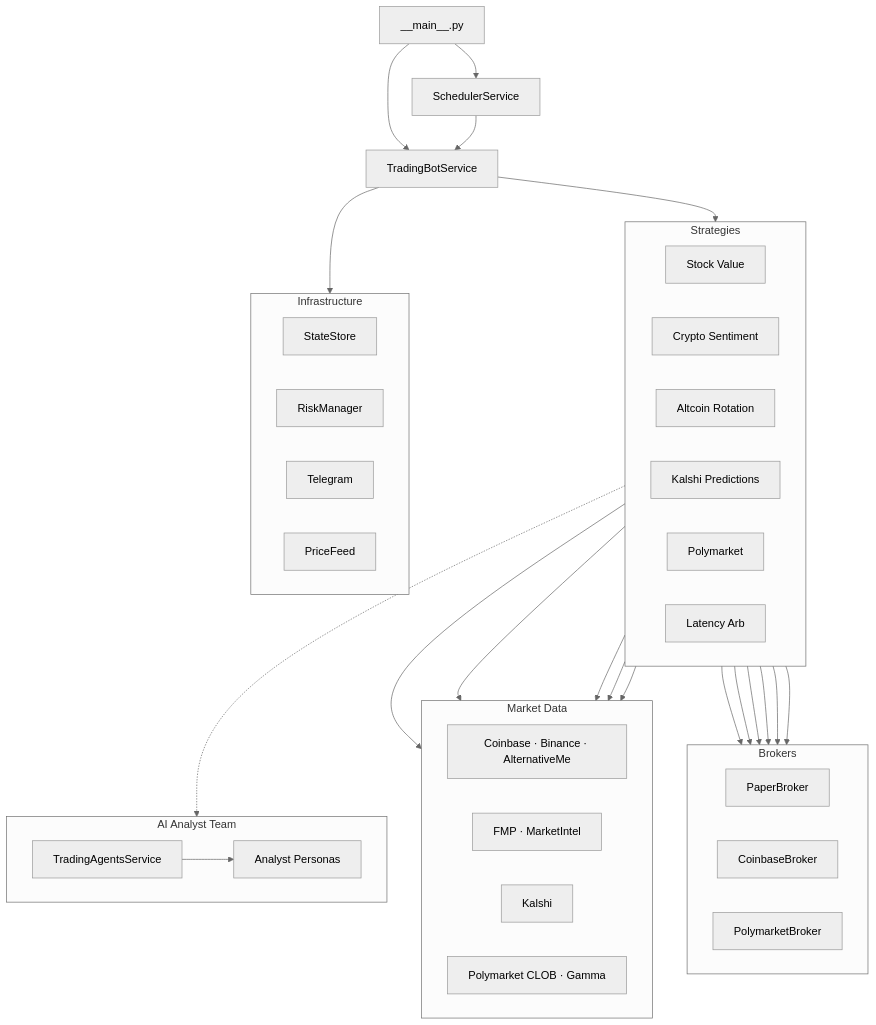
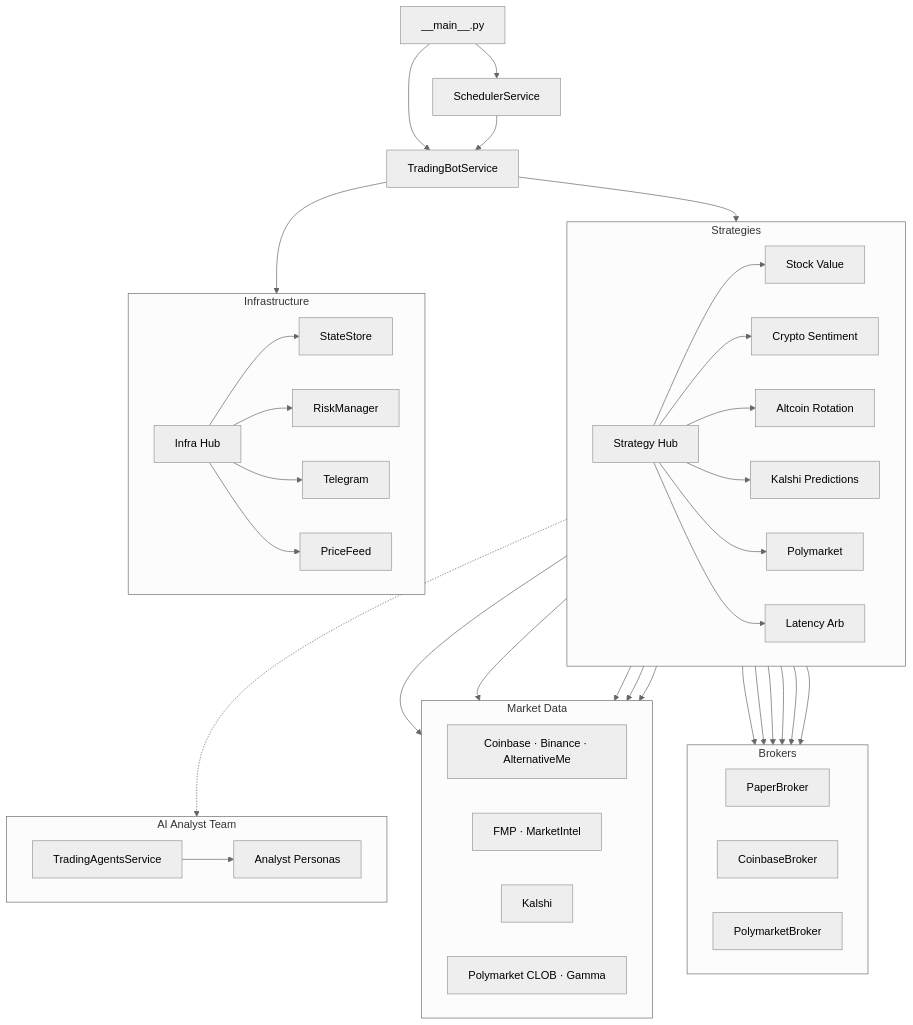
The first of 4 diagrams in README.md (sherifconteh-collab/Zulubot), drawn with Mermaid (neutral theme) before and after one commit. The commit also changed other lines of this file and 4 other files, not shown here.

First line of the commit message:
Address latest review thread on Mermaid wiring and prediction liquidity

````diff
--- a/README.md
+++ b/README.md
@@ -7,62 +7,74 @@
 ```mermaid
 flowchart TB
     MAIN["__main__.py"] --> SVC["TradingBotService"]
     MAIN --> SCHED["SchedulerService"] --> SVC
 
     subgraph Strategies
         direction LR
+        STRAT["Strategy Hub"]
         STK["Stock Value"]
         CRY["Crypto Sentiment"]
         ROT["Altcoin Rotation"]
         PRED["Kalshi Predictions"]
         POLY["Polymarket"]
         LARB["Latency Arb"]
     end
 
-    SVC --> Strategies
+    SVC --> STRAT
+    STRAT --> STK
+    STRAT --> CRY
+    STRAT --> ROT
+    STRAT --> PRED
+    STRAT --> POLY
+    STRAT --> LARB
 
     subgraph Brokers
         direction LR
         PB["PaperBroker"]
         CB["CoinbaseBroker"]
         PMB["PolymarketBroker"]
     end
 
     STK --> PB
     CRY --> CB
     ROT --> CB
     PRED --> PB
     POLY --> PMB
     LARB --> PB
 
     subgraph Data["Market Data"]
         direction LR
         D_CB["Coinbase · Binance · AlternativeMe"]
         D_FMP["FMP · MarketIntel"]
         D_KAL["Kalshi"]
         D_POLY["Polymarket CLOB · Gamma"]
     end
 
     CRY --> D_CB
     STK --> D_FMP
     PRED --> D_KAL
     LARB --> D_KAL
     POLY --> D_POLY
 
     subgraph AI["AI Analyst Team"]
         direction LR
         TAS["TradingAgentsService"] --> PER["Analyst Personas"]
     end
 
     Strategies -.-> AI
 
     subgraph Infra["Infrastructure"]
         direction LR
+        INFRA["Infra Hub"]
         STATE["StateStore"]
         RISK["RiskManager"]
         TG["Telegram"]
         FEED["PriceFeed"]
     end
 
-    SVC --> Infra
+    SVC --> INFRA
+    INFRA --> STATE
+    INFRA --> RISK
+    INFRA --> TG
+    INFRA --> FEED
 ```
````
